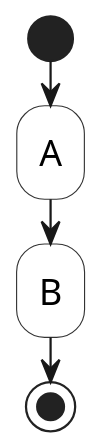
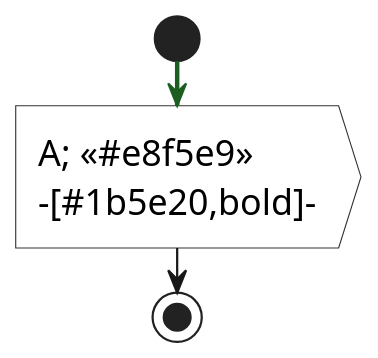
Before and after one commit to inponomarev/coverage-talk: diagram 14 of 36 in src/main/asciidoc/lecture.adoc, drawn with PlantUML. The commit also changed other lines of this file and 10 other files, not shown here.

```diff
--- a/src/main/asciidoc/lecture.adoc
+++ b/src/main/asciidoc/lecture.adoc
@@ -640,21 +855,21 @@
-[plantuml, ab, png]
+[plantuml, a, png]
 ----
 @startuml
 !pragma useVerticalIf on
 skinparam dpi 135
 skinparam shadowing false
 skinparam defaultFontName Helvetica
 skinparam activity {
   FontSize 16
   BorderColor #333333
   BackgroundColor white
   DiamondBorderColor #333333
   DiamondBackgroundColor white
 }
-
 start
-:A;
-:B;
+-[#1b5e20,bold]->
+:A; <<#e8f5e9>>
+-[#1b5e20,bold]->
 stop
 @enduml
 ----
```
